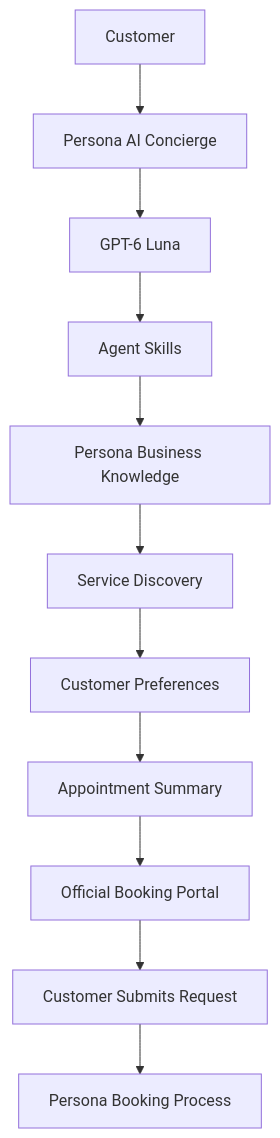
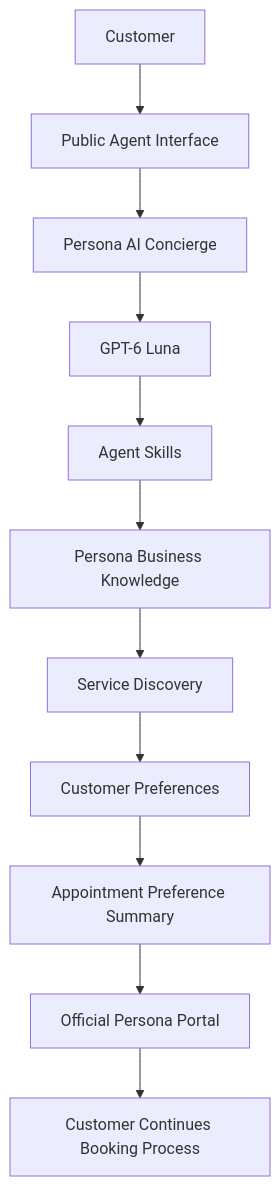
One commit to khmtowman/persona-ai-concierge changed the diagram in README.md. Above: the diagram before and after it, drawn with Mermaid. The commit also changed other lines of this file, not shown here.

````diff
--- a/README.md
+++ b/README.md
@@ -148,13 +158,13 @@
 ```mermaid
 flowchart TD
-    A[Customer] --> B[Persona AI Concierge]
-    B --> C[GPT-6 Luna]
-    C --> D[Agent Skills]
-    D --> E[Persona Business Knowledge]
-    E --> F[Service Discovery]
-    F --> G[Customer Preferences]
-    G --> H[Appointment Summary]
-    H --> I[Official Booking Portal]
-    I --> J[Customer Submits Request]
-    J --> K[Persona Booking Process]
+    A[Customer] --> B[Public Agent Interface]
+    B --> C[Persona AI Concierge]
+    C --> D[GPT-6 Luna]
+    D --> E[Agent Skills]
+    E --> F[Persona Business Knowledge]
+    F --> G[Service Discovery]
+    G --> H[Customer Preferences]
+    H --> I[Appointment Preference Summary]
+    I --> J[Official Persona Portal]
+    J --> K[Customer Continues Booking Process]
 ```
````
